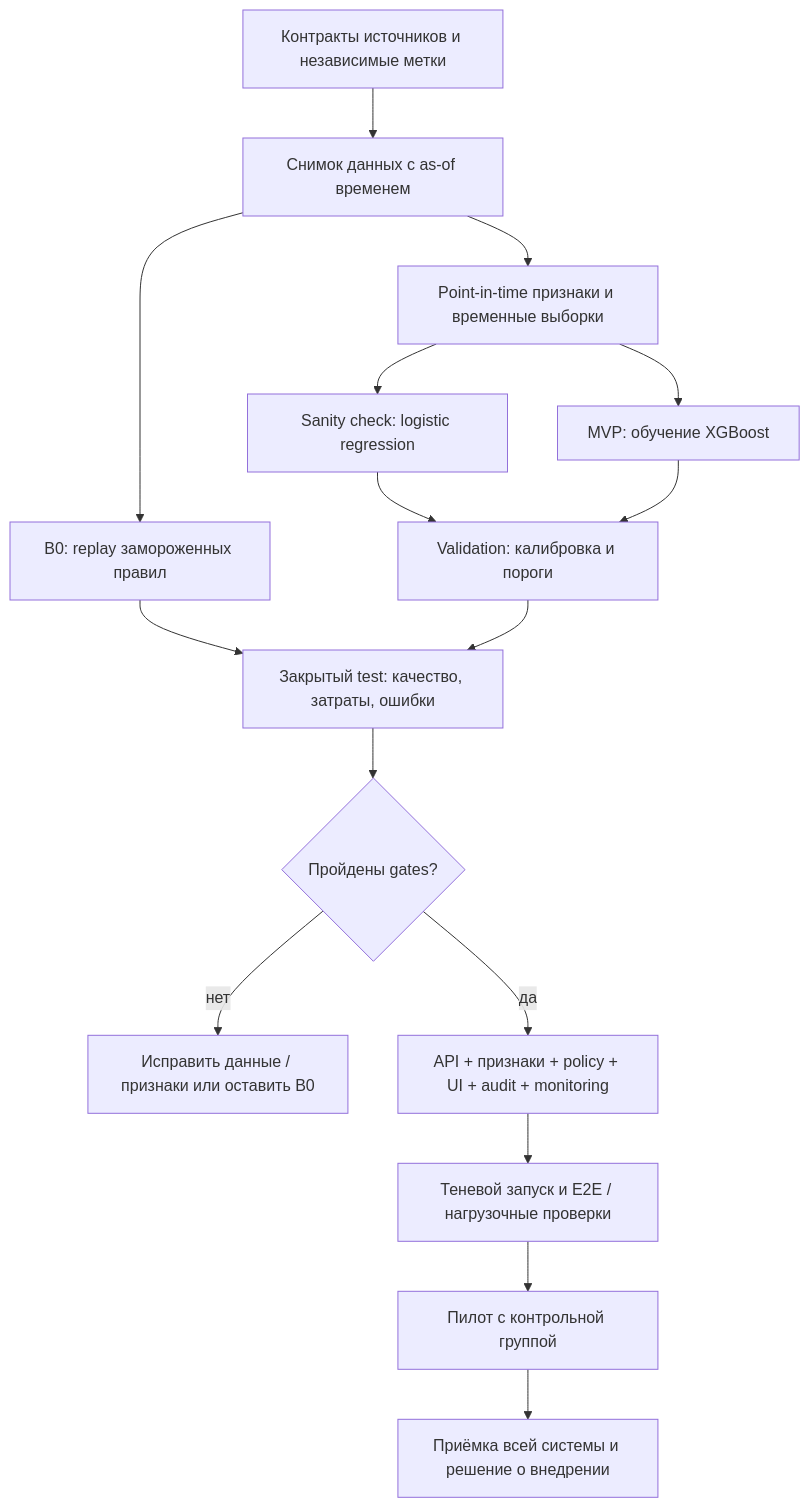
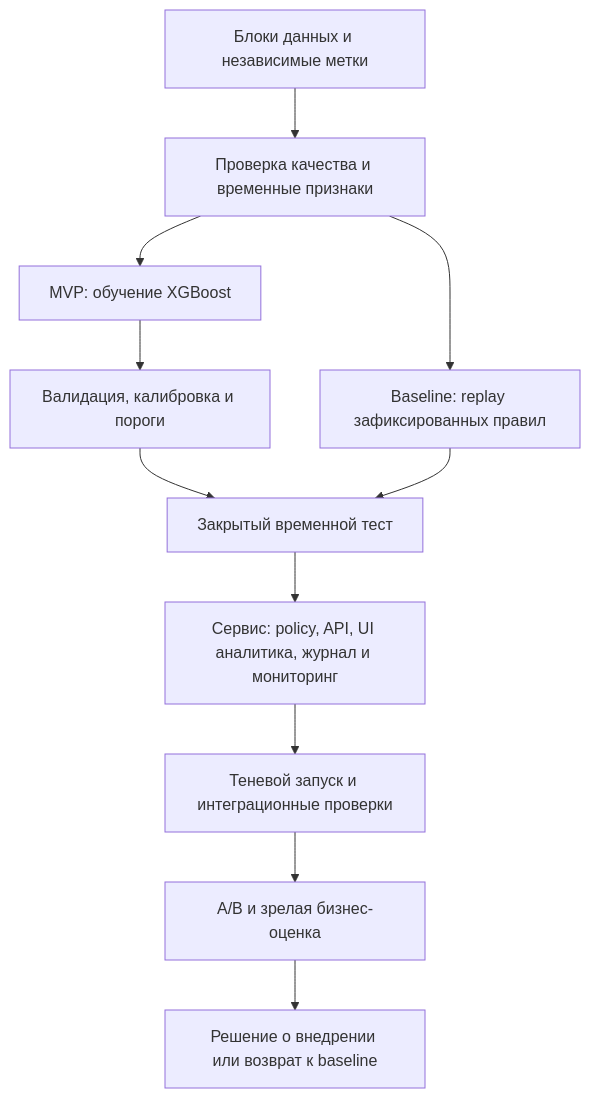
One commit to balamozhnovma/antifraud-ml-system-design changed the diagram in ML System Design Doc.md. Above: the diagram before and after it, drawn with Mermaid. The commit also changed other lines of this file and 1 other file, not shown here.

````diff
--- a/ML System Design Doc.md
+++ b/ML System Design Doc.md
@@ -162,18 +156,13 @@
 ```mermaid
 flowchart TD
-    D["Контракты источников и независимые метки"] --> S["Снимок данных с as-of временем"]
-    S --> B["B0: replay замороженных правил"]
-    S --> P["Point-in-time признаки и временные выборки"]
-    P --> LR["Sanity check: logistic regression"]
-    P --> X["MVP: обучение XGBoost"]
-    LR --> V["Validation: калибровка и пороги"]
-    X --> V
-    B --> T["Закрытый test: качество, затраты, ошибки"]
-    V --> T
-    T --> G{"Пройдены gates?"}
-    G -->|нет| R["Исправить данные / признаки или оставить B0"]
-    G -->|да| M["API + признаки + policy + UI + audit + monitoring"]
-    M --> SH["Теневой запуск и E2E / нагрузочные проверки"]
-    SH --> AB["Пилот с контрольной группой"]
-    AB --> DEC["Приёмка всей системы и решение о внедрении"]
+    D["Блоки данных и независимые метки"] --> P["Проверка качества и временные признаки"]
+    P --> B["Baseline: replay зафиксированных правил"]
+    P --> M["MVP: обучение XGBoost"]
+    M --> V["Валидация, калибровка и пороги"]
+    V --> T["Закрытый временной тест"]
+    B --> T
+    T --> S["Сервис: policy, API, UI аналитика, журнал и мониторинг"]
+    S --> SH["Теневой запуск и интеграционные проверки"]
+    SH --> AB["A/B и зрелая бизнес-оценка"]
+    AB --> R["Решение о внедрении или возврат к baseline"]
 ```
````
